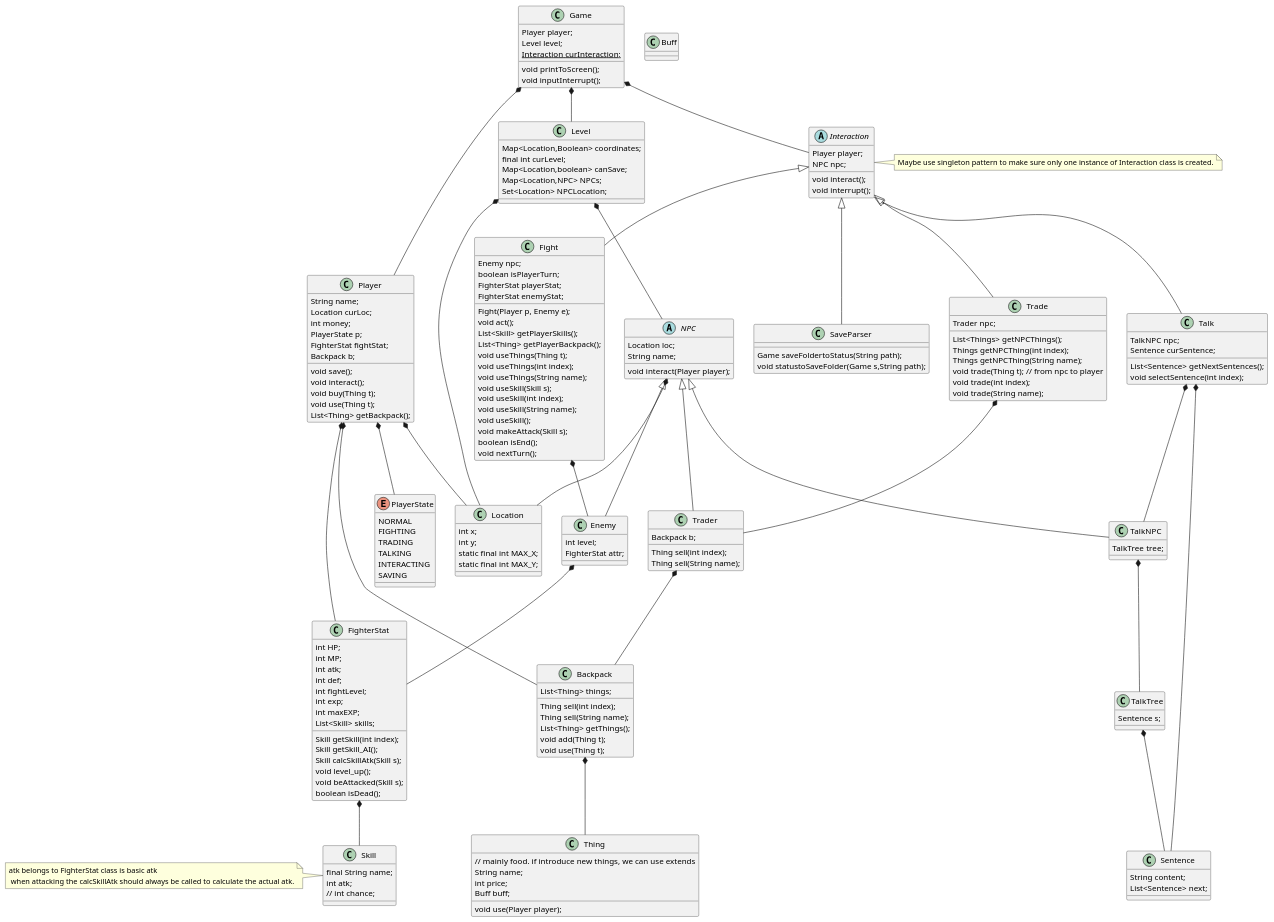
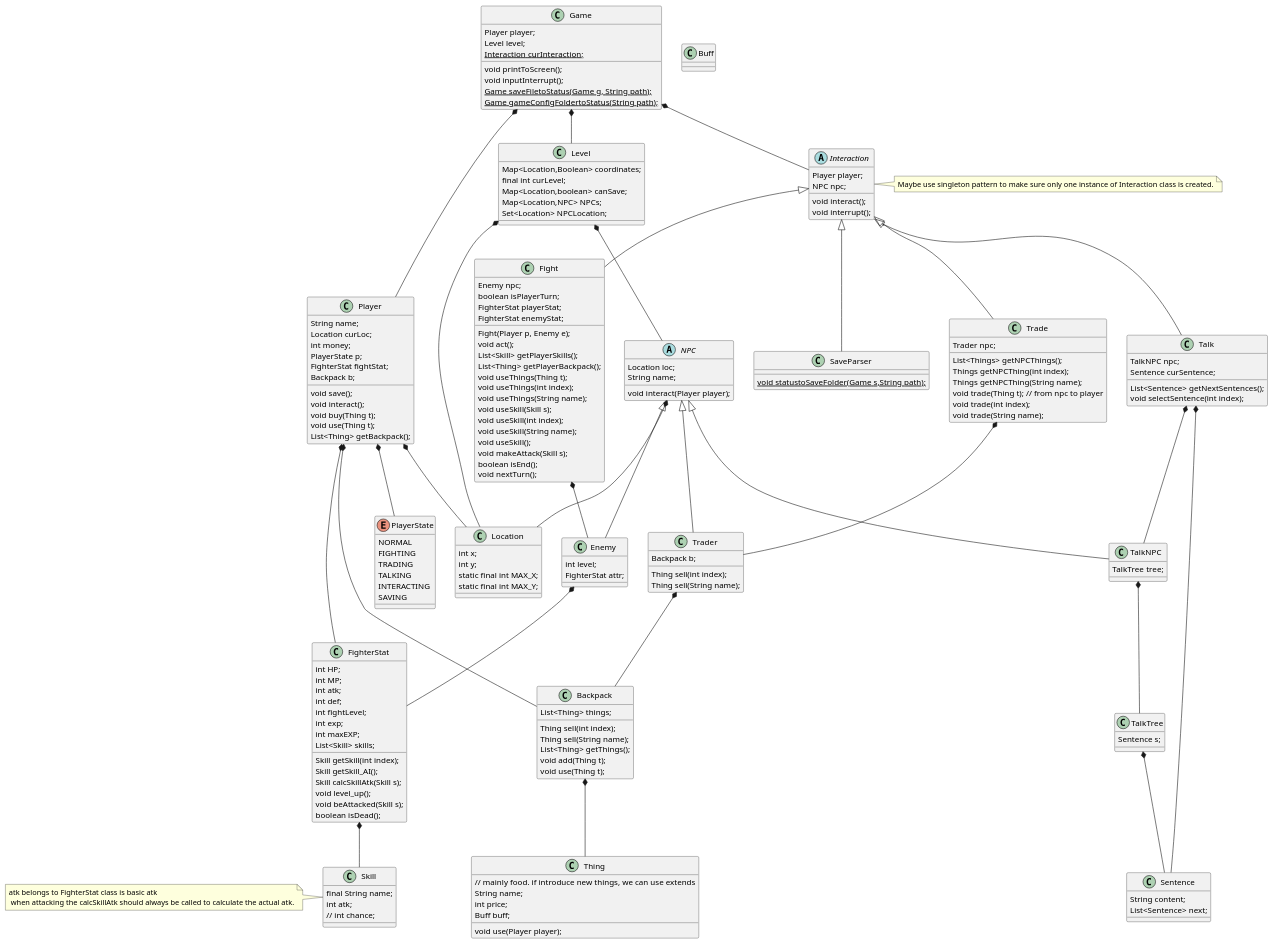
Before and after one commit to Lutra-Fs/TRPGeneration: the diagram in docs/class-diagram.puml, drawn with PlantUML.

Commit message:
docs(uml): change the save-related functions' location
Based on current model, the save-related functions has now been
seperated. Read functions have been moved to Game/Main/App class and the
save function still in the SaveParser Class under Interaction

```diff
--- a/docs/class-diagram.puml
+++ b/docs/class-diagram.puml
@@ -6,6 +6,8 @@
     {static} Interaction curInteraction;
     void printToScreen();
     void inputInterrupt();
+    {static} Game saveFiletoStatus(Game g, String path);
+    {static} Game gameConfigFoldertoStatus(String path);
 }
 
 Game *-- Player
@@ -99,8 +101,7 @@
 Enemy *-- FighterStat
 
 class SaveParser{
-    Game saveFoldertoStatus(String path);
-    void statustoSaveFolder(Game s,String path);
+    {static} void statustoSaveFolder(Game s,String path);
 }
 Interaction <|-- SaveParser
 
```
